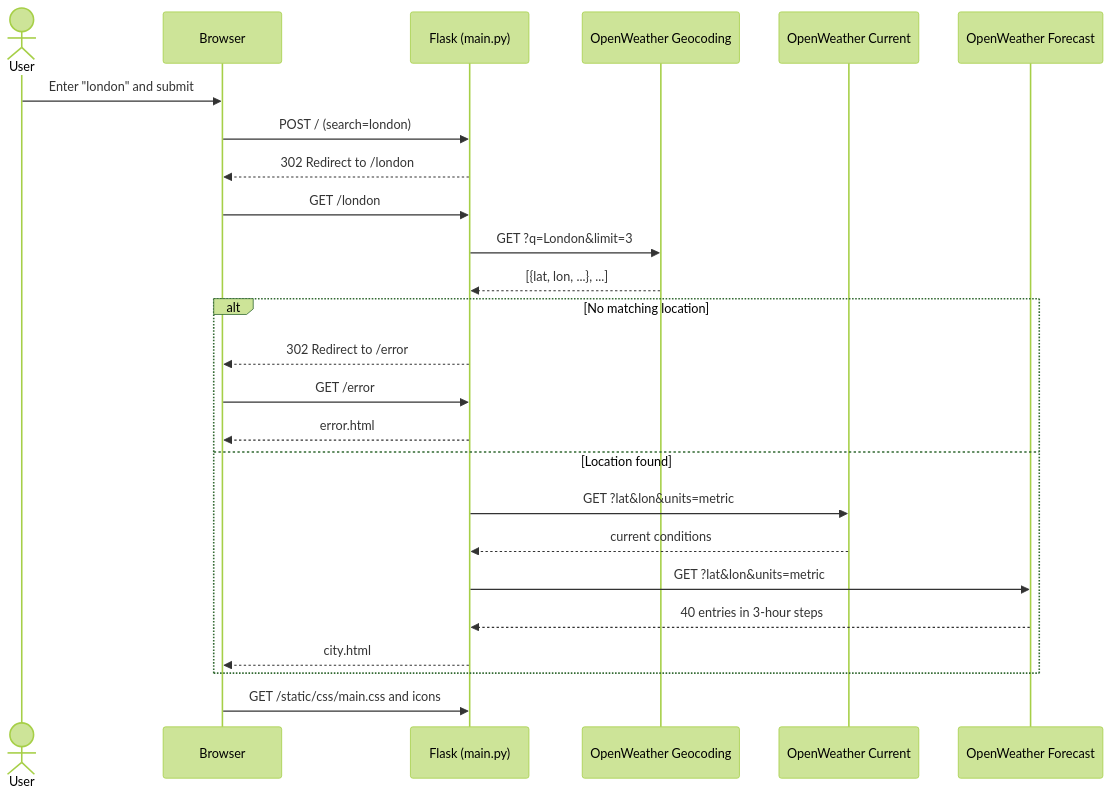
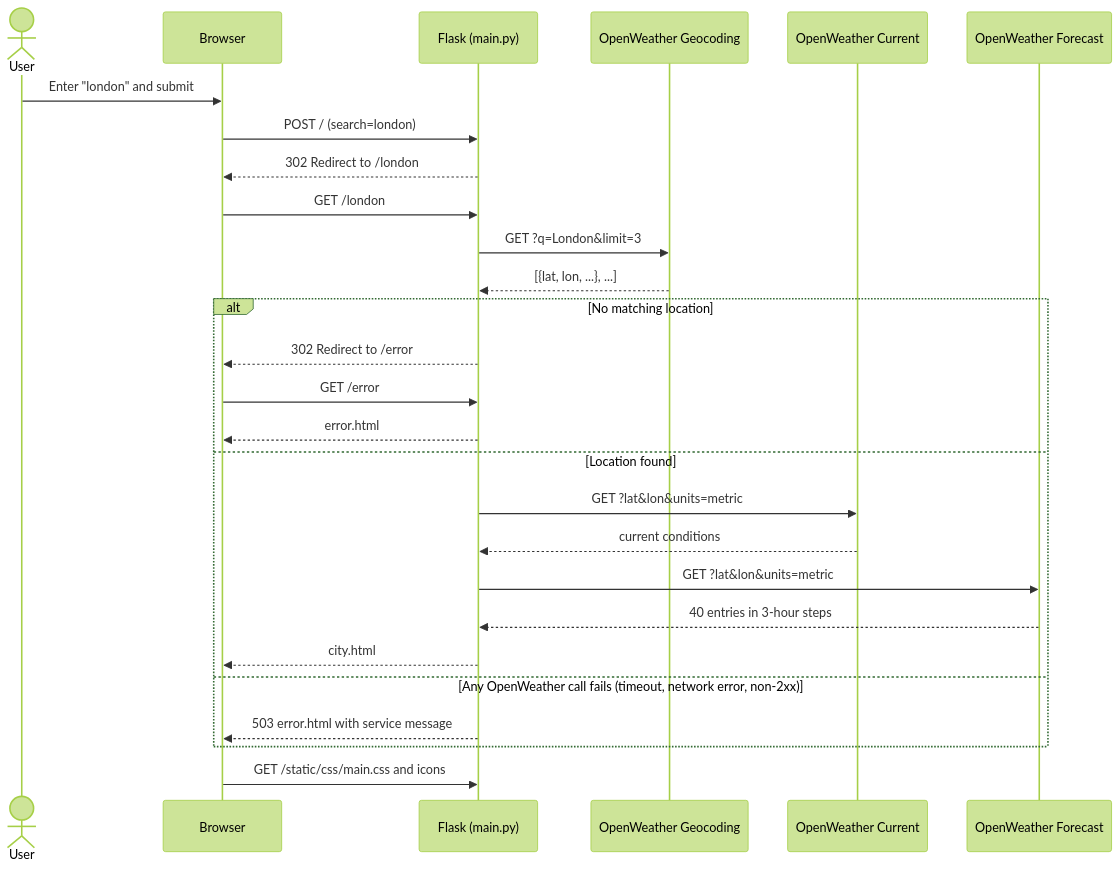
One commit to kousen/claude-code-training changed the second of 4 diagrams in exercises/python/weather-app/ARCHITECTURE.md. Above: the diagram before and after it, drawn with Mermaid (forest theme). The commit also changed other lines of this file and 4 other files, not shown here.

````diff
--- a/exercises/python/weather-app/ARCHITECTURE.md
+++ b/exercises/python/weather-app/ARCHITECTURE.md
@@ -77,28 +82,30 @@
 ```mermaid
 sequenceDiagram
     actor User
     participant Browser
     participant Flask as Flask (main.py)
     participant Geo as OpenWeather Geocoding
     participant Weather as OpenWeather Current
     participant Forecast as OpenWeather Forecast
 
     User->>Browser: Enter "london" and submit
     Browser->>Flask: POST / (search=london)
     Flask-->>Browser: 302 Redirect to /london
     Browser->>Flask: GET /london
     Flask->>Geo: GET ?q=London&limit=3
     Geo-->>Flask: [{lat, lon, ...}, ...]
     alt No matching location
         Flask-->>Browser: 302 Redirect to /error
         Browser->>Flask: GET /error
         Flask-->>Browser: error.html
     else Location found
         Flask->>Weather: GET ?lat&lon&units=metric
         Weather-->>Flask: current conditions
         Flask->>Forecast: GET ?lat&lon&units=metric
         Forecast-->>Flask: 40 entries in 3-hour steps
         Flask-->>Browser: city.html
+    else Any OpenWeather call fails (timeout, network error, non-2xx)
+        Flask-->>Browser: 503 error.html with service message
     end
     Browser->>Flask: GET /static/css/main.css and icons
 ```
````
